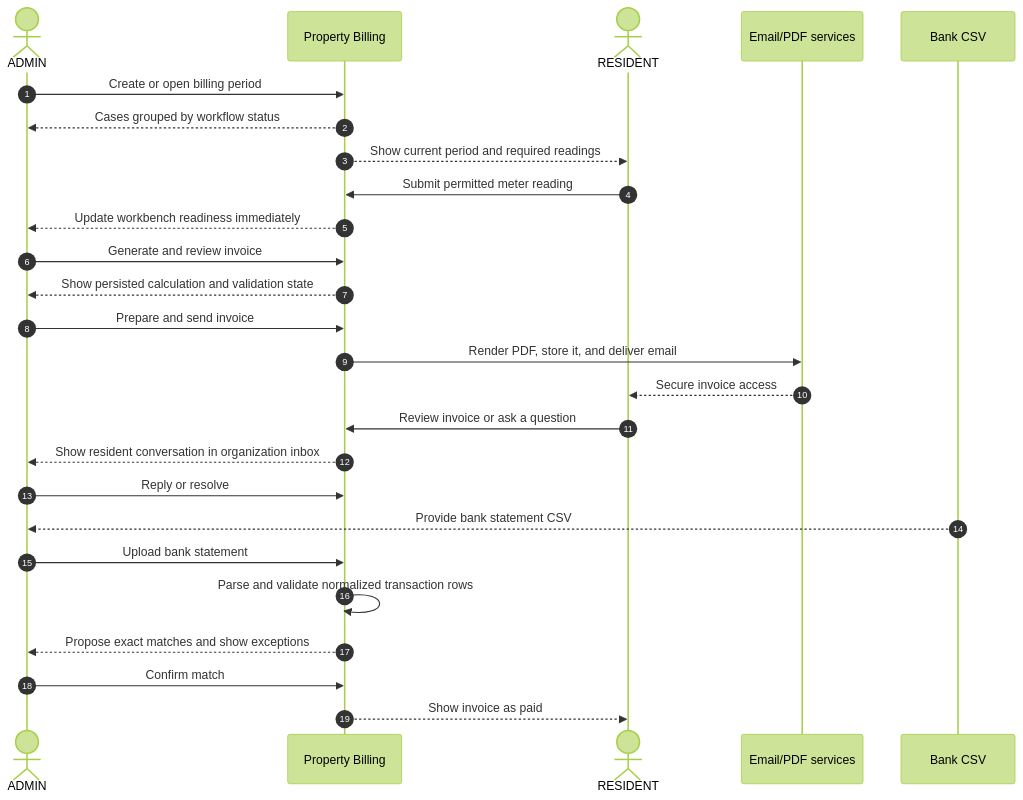
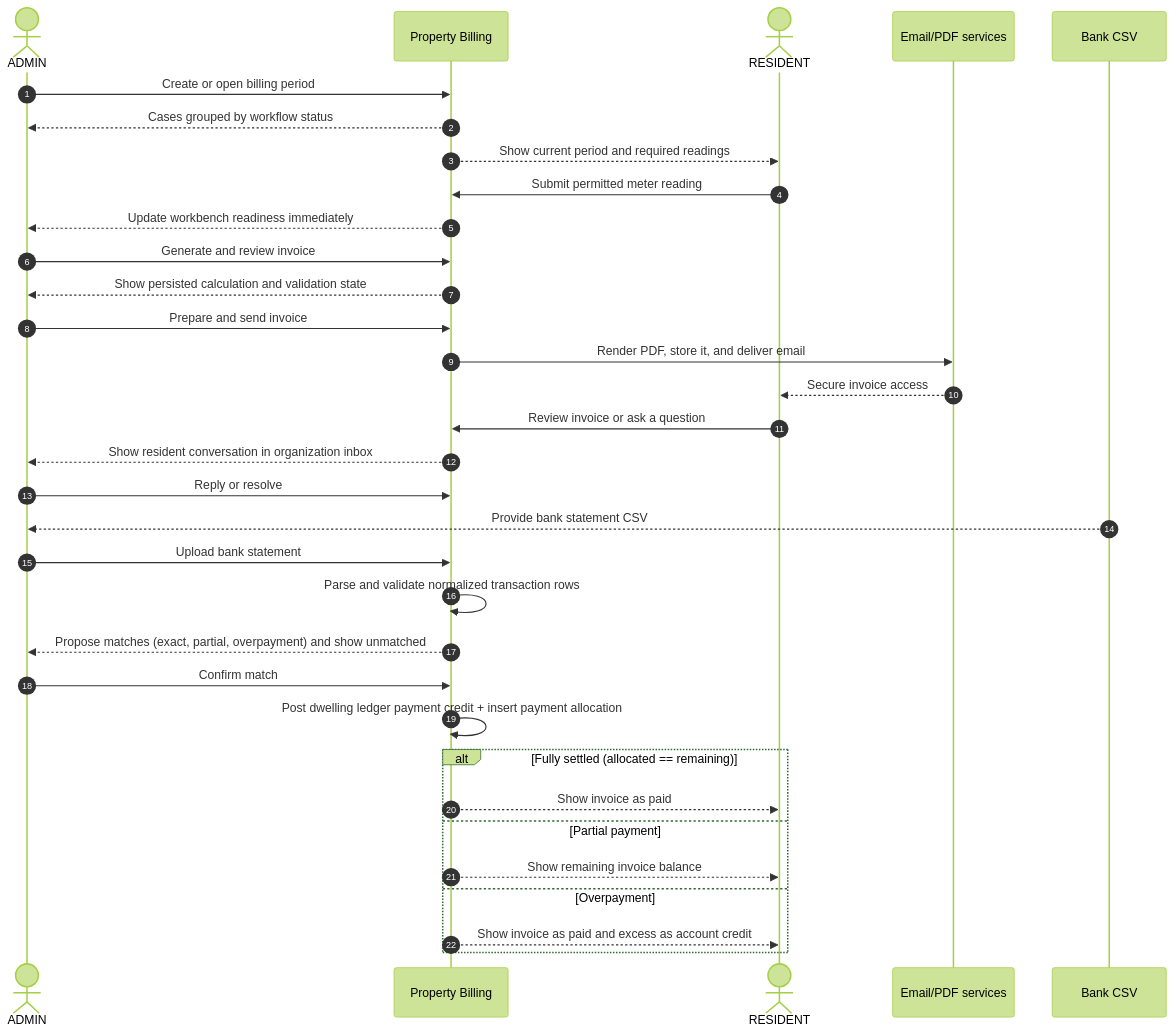
One commit to synku20777/dzik118 changed the diagram in docs/product/SERVICE_DESIGN_BLUEPRINT.md. Above: the diagram before and after it, drawn with Mermaid (forest theme). The commit also changed other lines of this file and 6 other files, not shown here.

````diff
--- a/docs/product/SERVICE_DESIGN_BLUEPRINT.md
+++ b/docs/product/SERVICE_DESIGN_BLUEPRINT.md
@@ -47,29 +47,36 @@
 ```mermaid
 sequenceDiagram
   autonumber
   actor A as ADMIN
   participant P as Property Billing
   actor R as RESIDENT
   participant E as Email/PDF services
   participant B as Bank CSV
 
   A->>P: Create or open billing period
   P-->>A: Cases grouped by workflow status
   P-->>R: Show current period and required readings
   R->>P: Submit permitted meter reading
   P-->>A: Update workbench readiness immediately
   A->>P: Generate and review invoice
   P-->>A: Show persisted calculation and validation state
   A->>P: Prepare and send invoice
   P->>E: Render PDF, store it, and deliver email
   E-->>R: Secure invoice access
   R->>P: Review invoice or ask a question
   P-->>A: Show resident conversation in organization inbox
   A->>P: Reply or resolve
   B-->>A: Provide bank statement CSV
   A->>P: Upload bank statement
   P->>P: Parse and validate normalized transaction rows
-  P-->>A: Propose exact matches and show exceptions
+  P-->>A: Propose matches (exact, partial, overpayment) and show unmatched
   A->>P: Confirm match
-  P-->>R: Show invoice as paid
+  P->>P: Post dwelling ledger payment credit + insert payment allocation
+  alt Fully settled (allocated == remaining)
+    P-->>R: Show invoice as paid
+  else Partial payment
+    P-->>R: Show remaining invoice balance
+  else Overpayment
+    P-->>R: Show invoice as paid and excess as account credit
+  end
 ```
````
